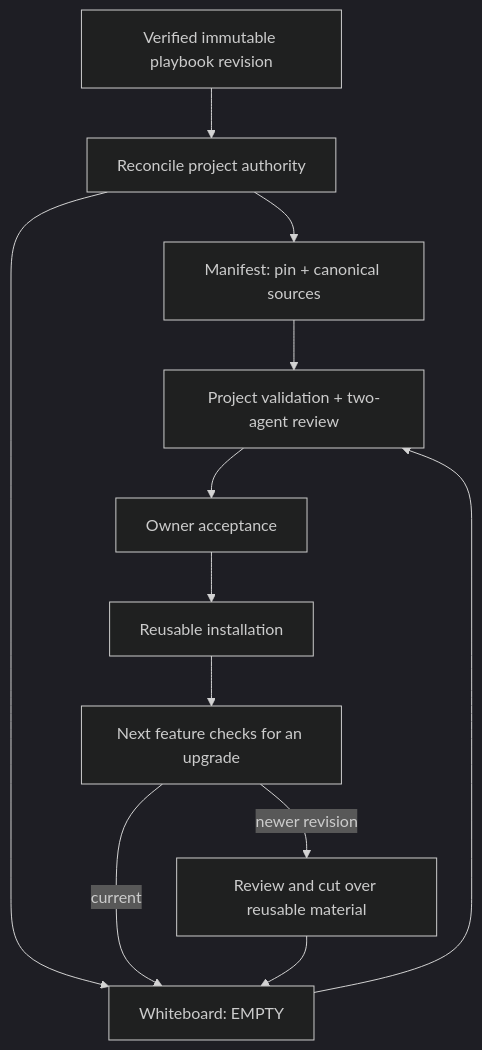
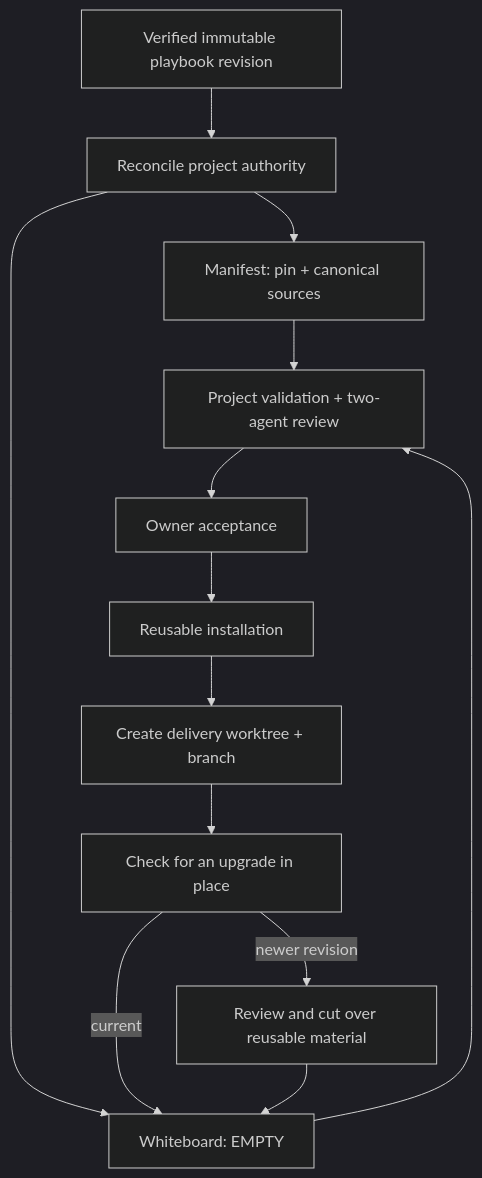
Before and after one commit to hhhhhusky777/spec-driven-delivery-playbook: the third of 11 diagrams in README.md, drawn with Mermaid (dark theme). The commit also changed other lines of this file and 8 other files, not shown here.

Commit message:
docs: define in-place delivery upgrades (#84)

````diff
--- a/README.md
+++ b/README.md
@@ -173,14 +175,15 @@
 ```mermaid
 flowchart TD
     S["Verified immutable playbook revision"] --> R["Reconcile project authority"]
     R --> M["Manifest: pin + canonical sources"]
     R --> W["Whiteboard: EMPTY"]
     M --> V["Project validation + two-agent review"]
     W --> V
     V --> H["Owner acceptance"]
     H --> U["Reusable installation"]
-    U --> N["Next feature checks for an upgrade"]
+    U --> B["Create delivery worktree + branch"]
+    B --> N["Check for an upgrade in place"]
     N -->|"current"| W
     N -->|"newer revision"| C["Review and cut over reusable material"]
     C --> W
 ```
````
